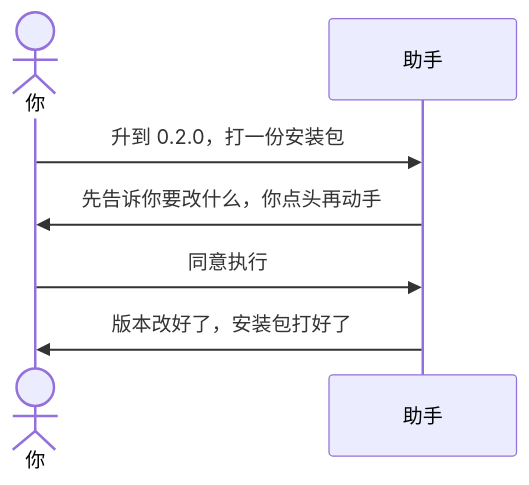
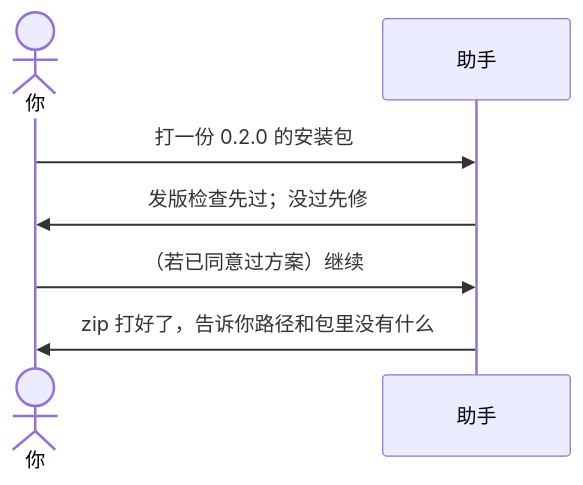
The diagram in examples/06-初始化之后怎么打包.md (qiusuo0226/skill-devkit-skill), drawn with Mermaid before and after one commit. The commit also changed other lines of this file and 16 other files, not shown here.

````diff
--- a/examples/06-初始化之后怎么打包.md
+++ b/examples/06-初始化之后怎么打包.md
@@ -11,10 +21,10 @@
 ```mermaid
 sequenceDiagram
     actor You as 你
     participant AI as 助手
 
-    You->>AI: 升到 0.2.0，打一份安装包
-    AI->>You: 先告诉你要改什么，你点头再动手
-    You->>AI: 同意执行
-    AI->>You: 版本改好了，安装包打好了
+    You->>AI: 打一份 0.2.0 的安装包
+    AI->>You: 发版检查先过；没过先修
+    You->>AI: （若已同意过方案）继续
+    AI->>You: zip 打好了，告诉你路径和包里没有什么
 ```
````
